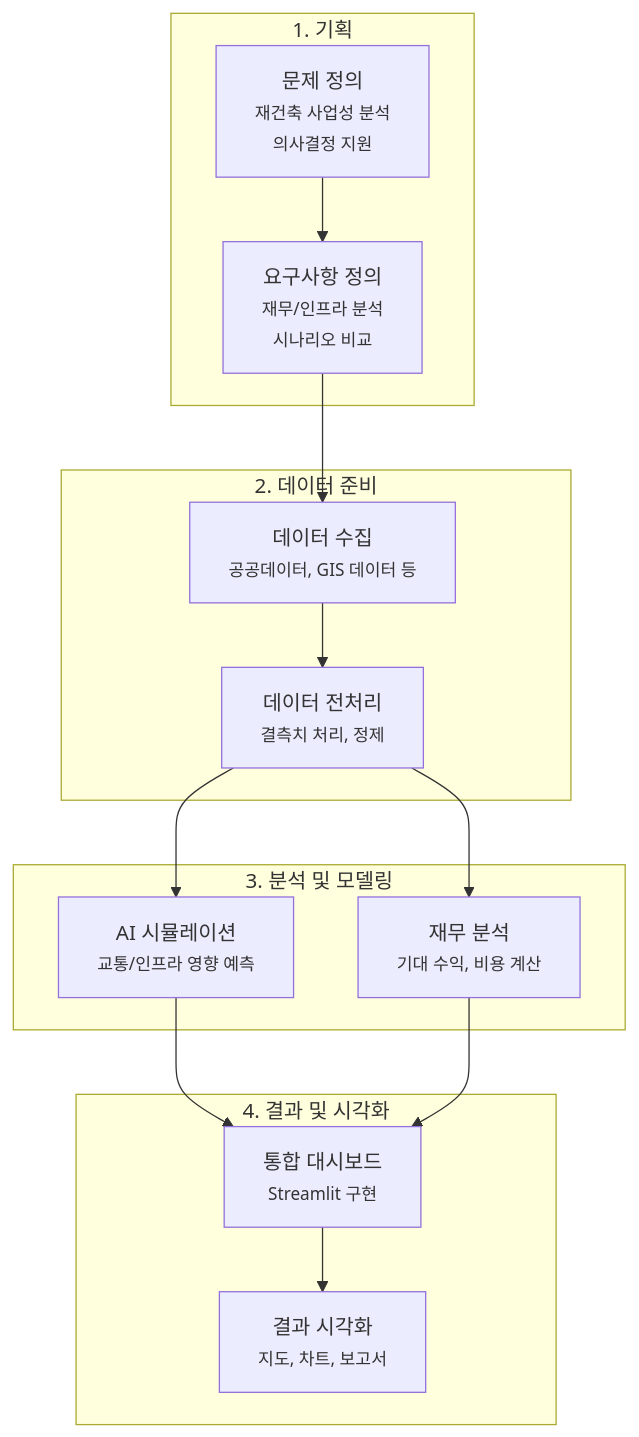
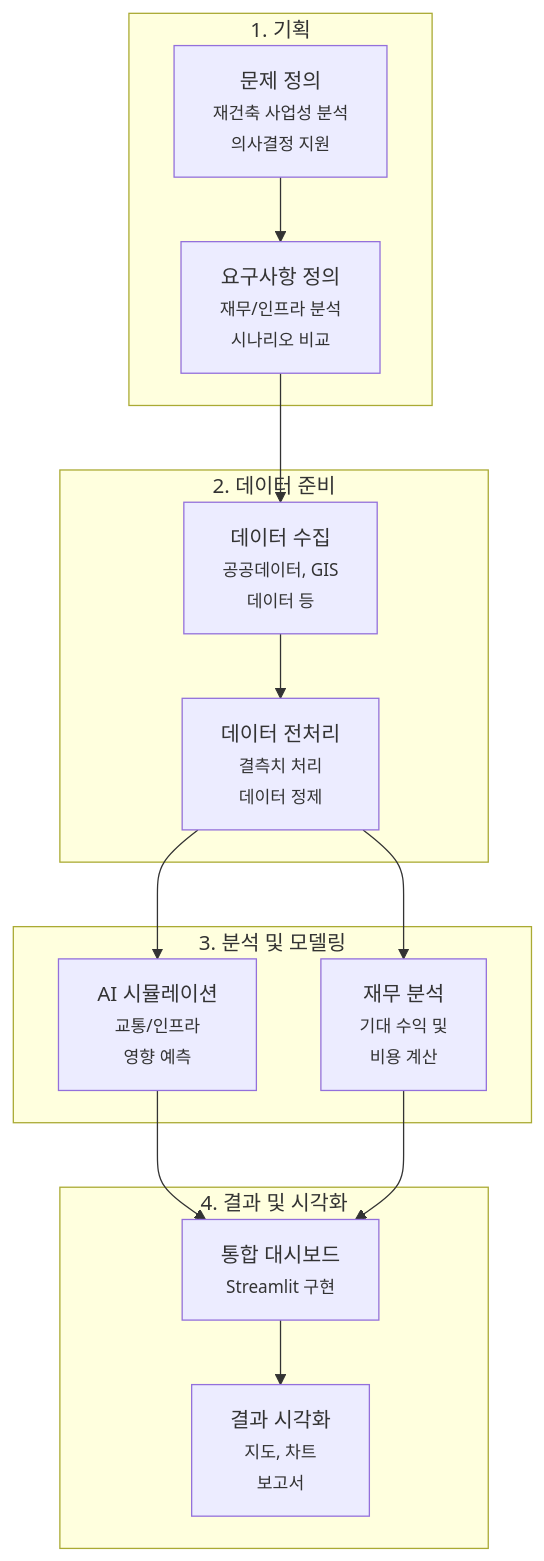
One commit to HDCLABS-NOVA/ai01-1st-gitDDong-SightNOVA changed the diagram in README.md. Above: the diagram before and after it, drawn with Mermaid.

Commit message:
Commit-12

````diff
--- a/README.md
+++ b/README.md
@@ -13,29 +13,30 @@
 ```mermaid
+%%{init: {'theme': 'transparent'}}%%
 graph TD
     subgraph "1. 기획"
         A1["문제 정의<br><small>재건축 사업성 분석<br>의사결정 지원</small>"]
         A2["요구사항 정의<br><small>재무/인프라 분석<br>시나리오 비교</small>"]
     end
 
     subgraph "2. 데이터 준비"
-        B1["데이터 수집<br><small>공공데이터, GIS 데이터 등</small>"]
-        B2["데이터 전처리<br><small>결측치 처리, 정제</small>"]
+        B1["데이터 수집<br><small>공공데이터, GIS<br>데이터 등</small>"]
+        B2["데이터 전처리<br><small>결측치 처리<br>데이터 정제</small>"]
     end
 
     subgraph "3. 분석 및 모델링"
-        C1["AI 시뮬레이션<br><small>교통/인프라 영향 예측</small>"]
-        C2["재무 분석<br><small>기대 수익, 비용 계산</small>"]
+        C1["AI 시뮬레이션<br><small>교통/인프라<br>영향 예측</small>"]
+        C2["재무 분석<br><small>기대 수익 및<br>비용 계산</small>"]
     end
 
     subgraph "4. 결과 및 시각화"
         D1["통합 대시보드<br><small>Streamlit 구현</small>"]
-        D2["결과 시각화<br><small>지도, 차트, 보고서</small>"]
+        D2["결과 시각화<br><small>지도, 차트<br>보고서</small>"]
     end
 
     A1 --> A2
     A2 --> B1
     B1 --> B2
     B2 --> C1 & C2
     C1 & C2 --> D1
     D1 --> D2
 ```
````
